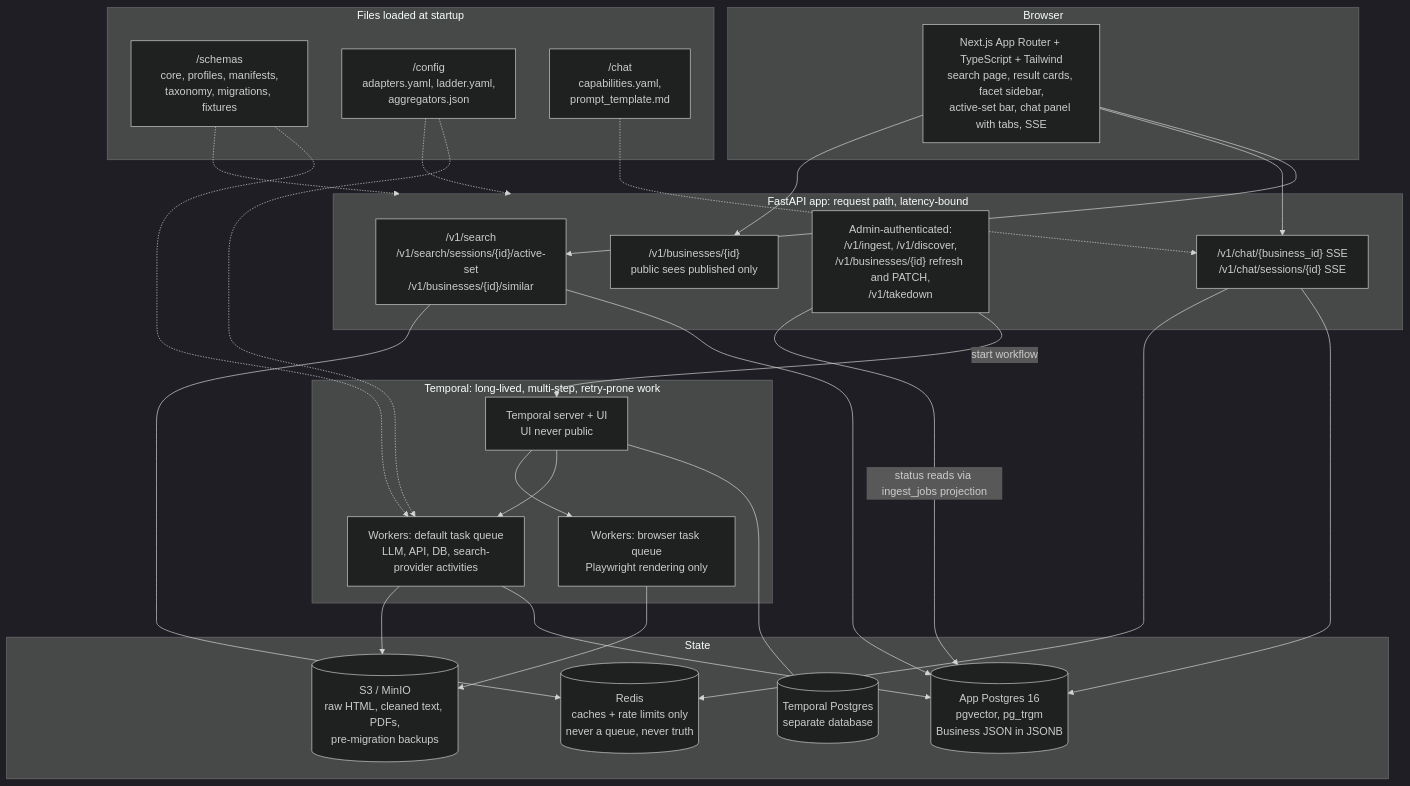
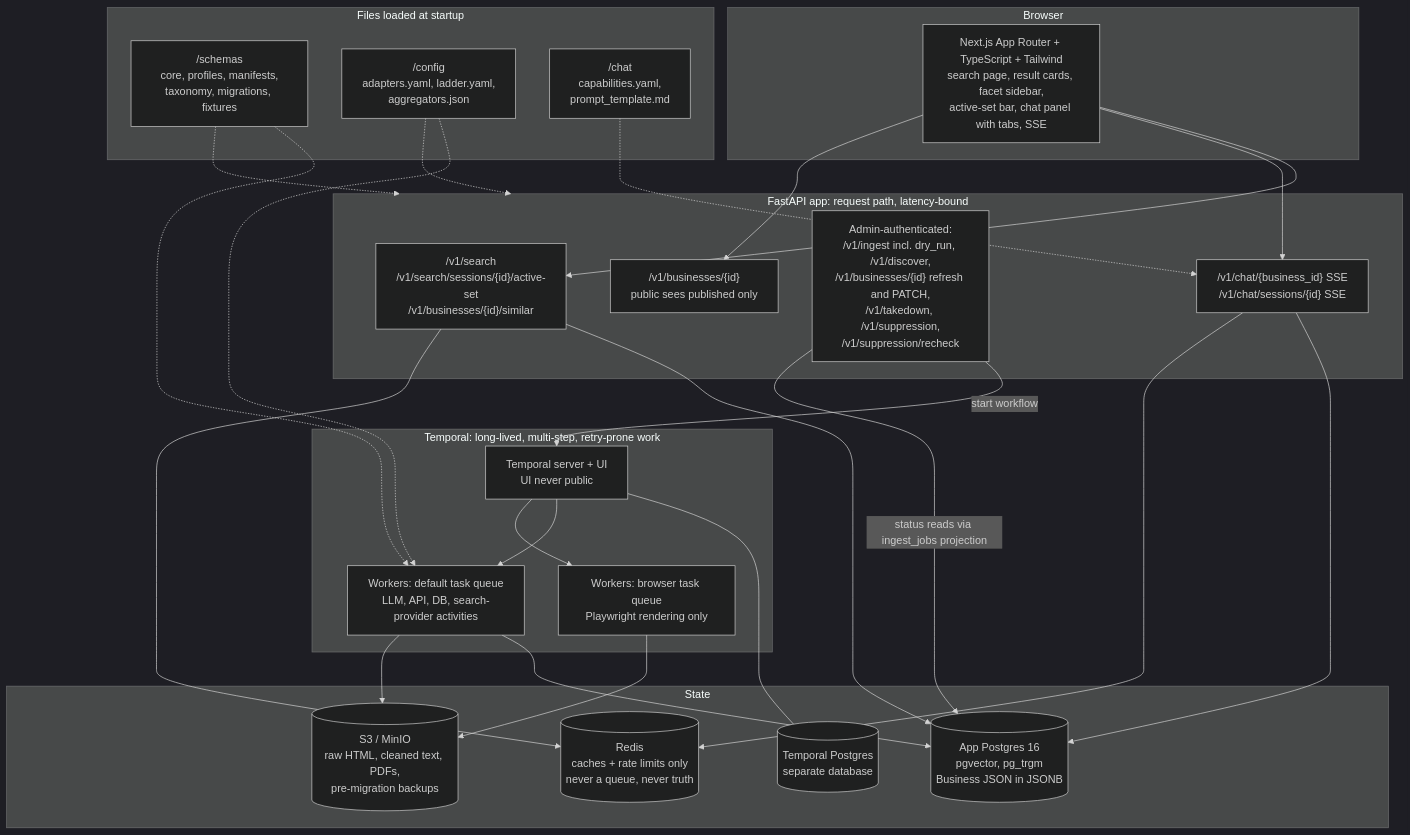
One commit to hp94087/akira changed the fourth of 48 diagrams in architecture_v2.md. Above: the diagram before and after it, drawn with Mermaid (dark theme). The commit also changed other lines of this file, not shown here.

First line of the commit message:
Update architecture_v2.md to match SPEC.md

````diff
--- a/architecture_v2.md
+++ b/architecture_v2.md
@@ -190,53 +190,53 @@
 ```mermaid
 flowchart TB
   subgraph CLIENT["Browser"]
     fe["Next.js App Router + TypeScript + Tailwind<br/>search page, result cards, facet sidebar,<br/>active-set bar, chat panel with tabs, SSE"]
   end
 
   subgraph APP["FastAPI app: request path, latency-bound"]
     api_search["/v1/search<br/>/v1/search/sessions/{id}/active-set<br/>/v1/businesses/{id}/similar"]
     api_chat["/v1/chat/{business_id} SSE<br/>/v1/chat/sessions/{id} SSE"]
-    api_admin["Admin-authenticated:<br/>/v1/ingest, /v1/discover,<br/>/v1/businesses/{id} refresh and PATCH,<br/>/v1/takedown"]
+    api_admin["Admin-authenticated:<br/>/v1/ingest incl. dry_run, /v1/discover,<br/>/v1/businesses/{id} refresh and PATCH,<br/>/v1/takedown, /v1/suppression,<br/>/v1/suppression/recheck"]
     api_public["/v1/businesses/{id}<br/>public sees published only"]
   end
 
   subgraph TEMP["Temporal: long-lived, multi-step, retry-prone work"]
     tserver["Temporal server + UI<br/>UI never public"]
     wdef["Workers: default task queue<br/>LLM, API, DB, search-provider activities"]
     wbrowser["Workers: browser task queue<br/>Playwright rendering only"]
   end
 
   subgraph DATA["State"]
     pg[("App Postgres 16<br/>pgvector, pg_trgm<br/>Business JSON in JSONB")]
     tpg[("Temporal Postgres<br/>separate database")]
     redis[("Redis<br/>caches + rate limits only<br/>never a queue, never truth")]
     s3[("S3 / MinIO<br/>raw HTML, cleaned text, PDFs,<br/>pre-migration backups")]
   end
 
   subgraph CFG["Files loaded at startup"]
     schemas["/schemas<br/>core, profiles, manifests,<br/>taxonomy, migrations, fixtures"]
     config["/config<br/>adapters.yaml, ladder.yaml,<br/>aggregators.json"]
     chatcfg["/chat<br/>capabilities.yaml,<br/>prompt_template.md"]
   end
 
   fe --> api_search
   fe --> api_chat
   fe --> api_public
   api_admin -->|"start workflow"| tserver
   api_admin -->|"status reads via ingest_jobs projection"| pg
   api_search --> pg
   api_search --> redis
   api_chat --> pg
   api_chat --> redis
   tserver --- tpg
   tserver --> wdef
   tserver --> wbrowser
   wdef --> pg
   wdef --> s3
   wbrowser --> s3
   schemas -.-> APP
   schemas -.-> wdef
   config -.-> wdef
   config -.-> APP
   chatcfg -.-> api_chat
 ```
````
